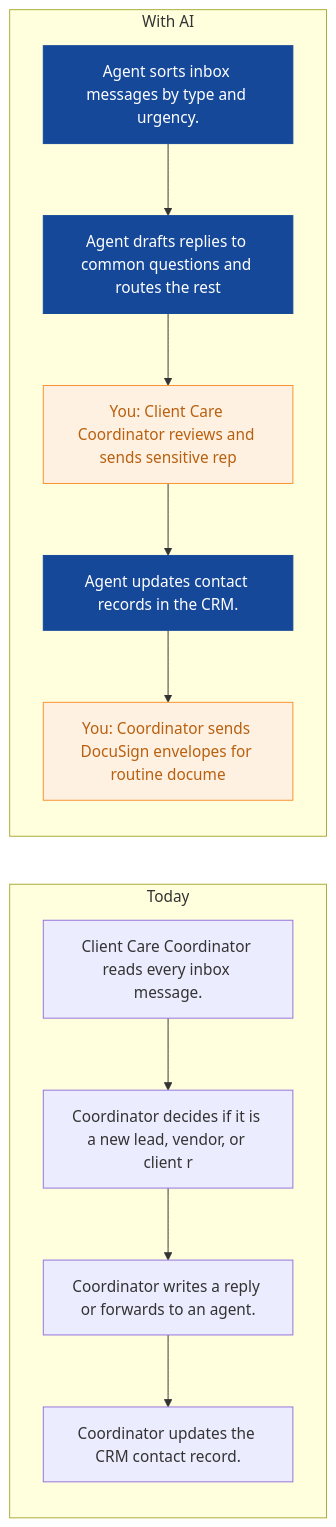
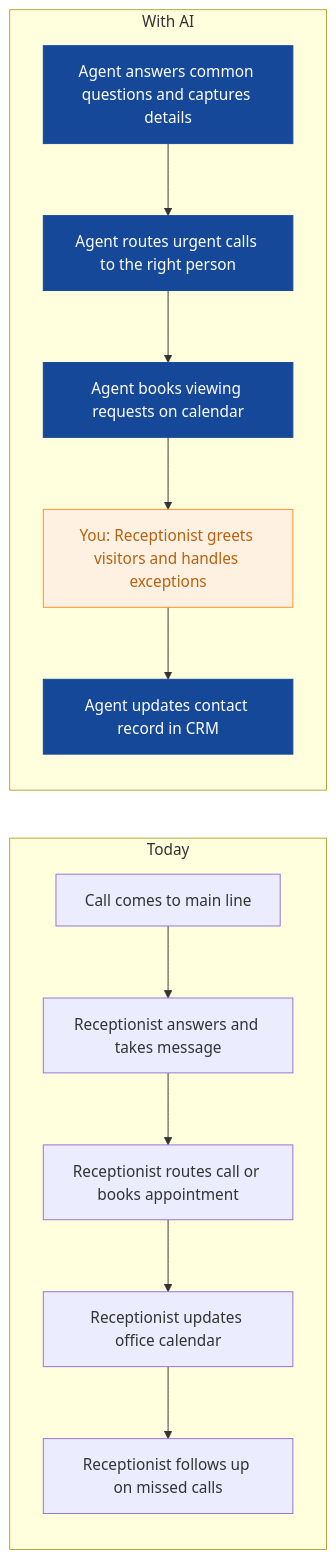
One commit to nexibeo/Complete-AI-Strategy changed the seventh of 9 diagrams in strategies/northpeak-realty.md. Above: the diagram before and after it, drawn with Mermaid. The commit also changed other lines of this file and 26 other files, not shown here.

````diff
--- a/strategies/northpeak-realty.md
+++ b/strategies/northpeak-realty.md
@@ -184,22 +226,23 @@
 ```mermaid
 flowchart LR
   subgraph Today
-    B0["Client Care Coordinator reads every inbox message."]
-    B1["Coordinator decides if it is a new lead, vendor, or client r"]
-    B2["Coordinator writes a reply or forwards to an agent."]
-    B3["Coordinator updates the CRM contact record."]
-    B0 --> B1 --> B2 --> B3
+    B0["Call comes to main line"]
+    B1["Receptionist answers and takes message"]
+    B2["Receptionist routes call or books appointment"]
+    B3["Receptionist updates office calendar"]
+    B4["Receptionist follows up on missed calls"]
+    B0 --> B1 --> B2 --> B3 --> B4
   end
   subgraph WithAI[With AI]
-    A0["Agent sorts inbox messages by type and urgency."]
-    A1["Agent drafts replies to common questions and routes the rest"]
-    A2["You: Client Care Coordinator reviews and sends sensitive rep"]
-    A3["Agent updates contact records in the CRM."]
-    A4["You: Coordinator sends DocuSign envelopes for routine docume"]
+    A0["Agent answers common questions and captures details"]
+    A1["Agent routes urgent calls to the right person"]
+    A2["Agent books viewing requests on calendar"]
+    A3["You: Receptionist greets visitors and handles exceptions"]
+    A4["Agent updates contact record in CRM"]
     A0 --> A1 --> A2 --> A3 --> A4
   end
   classDef ai fill:#154899,color:#fff,stroke:#154899
   classDef human fill:#FFF1E2,color:#B8600F,stroke:#F98F2C
-  class A0,A1,A3 ai
-  class A2,A4 human
+  class A0,A1,A2,A4 ai
+  class A3 human
 ```
````
